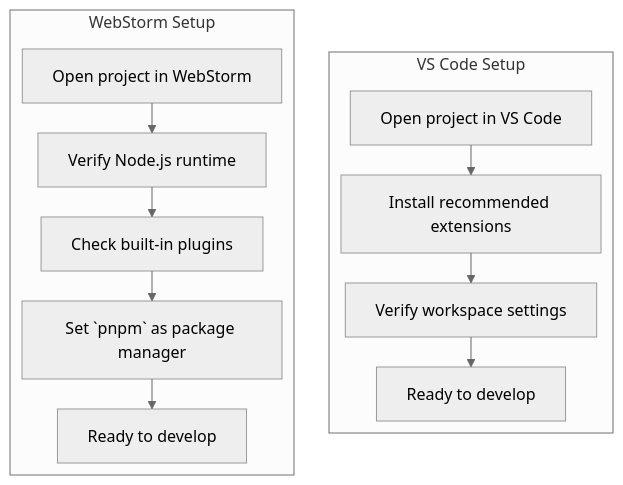
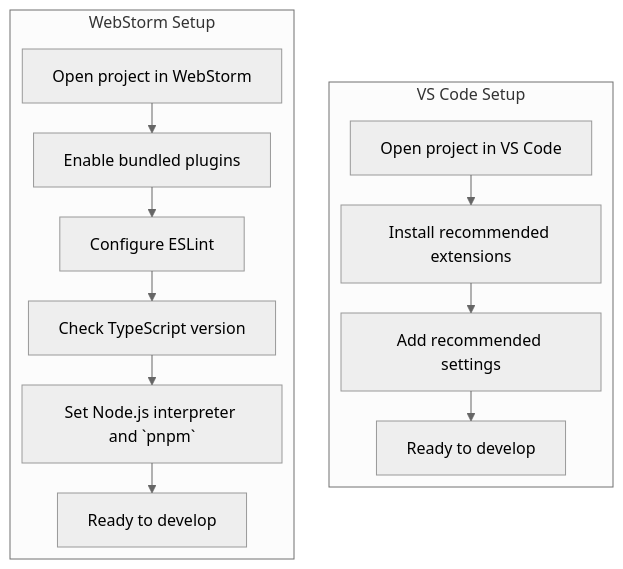
One commit to tecapps/affirm changed the third of 7 diagrams in GETTING-STARTED.md. Above: the diagram before and after it, drawn with Mermaid (neutral theme). The commit also changed other lines of this file and 2 other files, not shown here.

````diff
--- a/GETTING-STARTED.md
+++ b/GETTING-STARTED.md
@@ -263,25 +263,26 @@
 ```mermaid
 ---
 config:
   layout: elk
 ---
 flowchart TD
     subgraph "VS Code Setup"
         V1["Open project in VS Code"]
         V2["Install recommended extensions"]
-        V3["Verify workspace settings"]
+        V3["Add recommended settings"]
         V4["Ready to develop"]
 
         V1 --> V2 --> V3 --> V4
     end
 
     subgraph "WebStorm Setup"
         W1["Open project in WebStorm"]
-        W2["Verify Node.js runtime"]
-        W3["Check built-in plugins"]
-        W4["Set `pnpm` as package manager"]
-        W5["Ready to develop"]
+        W2["Enable bundled plugins"]
+        W3["Configure ESLint"]
+        W4["Check TypeScript version"]
+        W5["Set Node.js interpreter and `pnpm`"]
+        W6["Ready to develop"]
 
-        W1 --> W2 --> W3 --> W4 --> W5
+        W1 --> W2 --> W3 --> W4 --> W5 --> W6
     end
 ```
````
